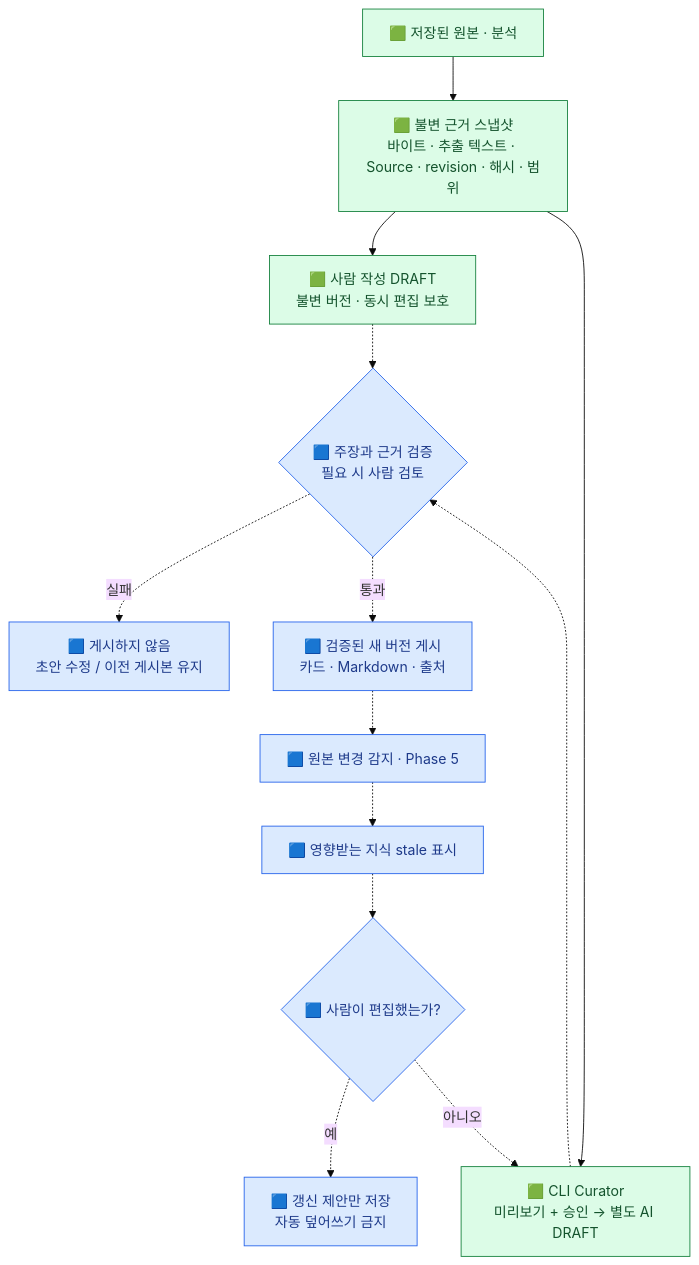
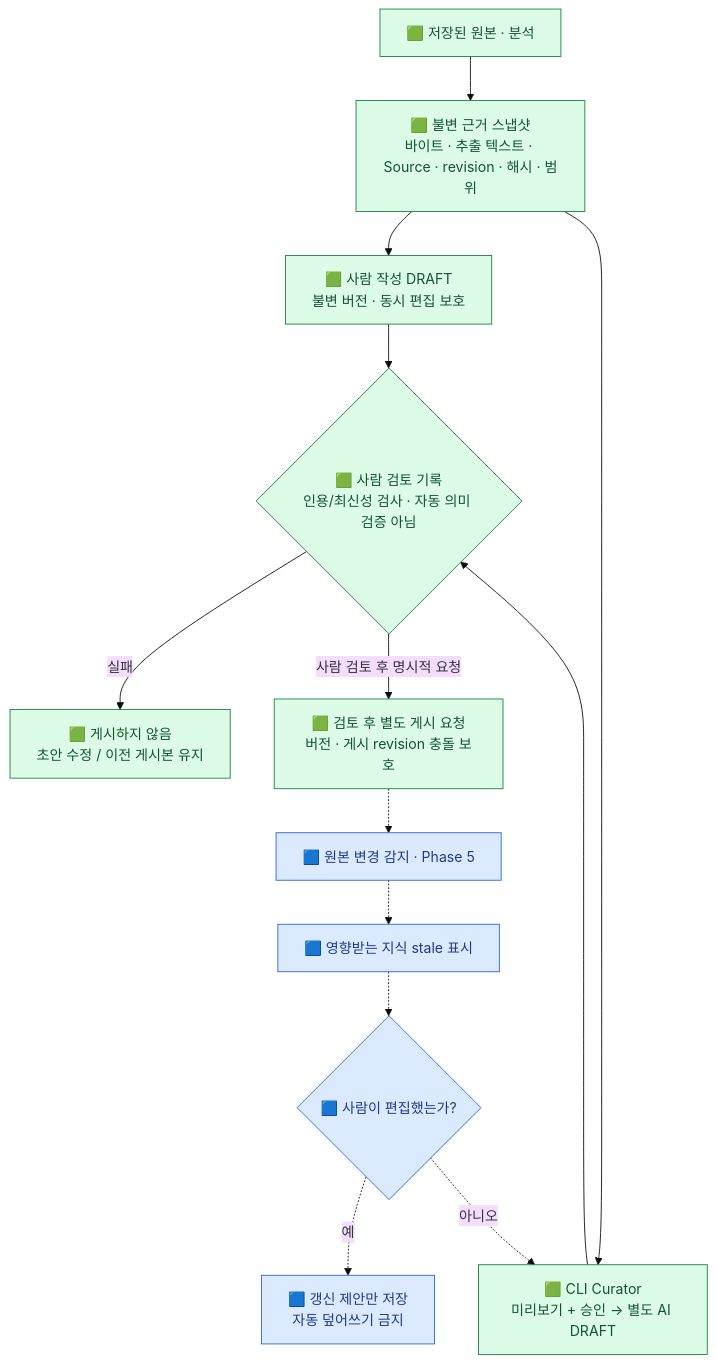
The fourth of 5 diagrams in docs/design-map.md (thisisnew/dougle), drawn with Mermaid (base theme) before and after one commit. The commit also changed other lines of this file and 24 other files, not shown here.

````diff
--- a/docs/design-map.md
+++ b/docs/design-map.md
@@ -163,30 +163,30 @@
 ```mermaid
 flowchart TD
     RAW["🟩 저장된 원본 · 분석"]
     EVID["🟩 불변 근거 스냅샷<br/>바이트 · 추출 텍스트 · Source · revision · 해시 · 범위"]
     MANUAL["🟩 사람 작성 DRAFT<br/>불변 버전 · 동시 편집 보호"]
     DRAFT["🟩 CLI Curator<br/>미리보기 + 승인 → 별도 AI DRAFT"]
-    CHECK{"🟦 주장과 근거 검증<br/>필요 시 사람 검토"}
-    FAIL["🟦 게시하지 않음<br/>초안 수정 / 이전 게시본 유지"]
-    PUB["🟦 검증된 새 버전 게시<br/>카드 · Markdown · 출처"]
+    CHECK{"🟩 사람 검토 기록<br/>인용/최신성 검사 · 자동 의미 검증 아님"}
+    FAIL["🟩 게시하지 않음<br/>초안 수정 / 이전 게시본 유지"]
+    PUB["🟩 검토 후 별도 게시 요청<br/>버전 · 게시 revision 충돌 보호"]
     CHANGE["🟦 원본 변경 감지 · Phase 5"]
     STALE["🟦 영향받는 지식 stale 표시"]
     HUMAN{"🟦 사람이 편집했는가?"}
     PROPOSE["🟦 갱신 제안만 저장<br/>자동 덮어쓰기 금지"]
     RAW --> EVID
     EVID --> MANUAL
-    MANUAL -.-> CHECK
+    MANUAL --> CHECK
     EVID --> DRAFT
-    DRAFT -.-> CHECK
-    CHECK -. 실패 .-> FAIL
-    CHECK -. 통과 .-> PUB
+    DRAFT --> CHECK
+    CHECK -- 실패 --> FAIL
+    CHECK -- 사람 검토 후 명시적 요청 --> PUB
     PUB -.-> CHANGE
     CHANGE -.-> STALE
     STALE -.-> HUMAN
     HUMAN -. 예 .-> PROPOSE
     HUMAN -. 아니오 .-> DRAFT
     classDef done fill:#dcfce7,stroke:#15803d,color:#14532d
     classDef planned fill:#dbeafe,stroke:#2563eb,color:#1e3a8a
-    class RAW,EVID,MANUAL,DRAFT done
-    class CHECK,FAIL,PUB,CHANGE,STALE,HUMAN,PROPOSE planned
+    class RAW,EVID,MANUAL,DRAFT,CHECK,FAIL,PUB done
+    class CHANGE,STALE,HUMAN,PROPOSE planned
 ```
````
